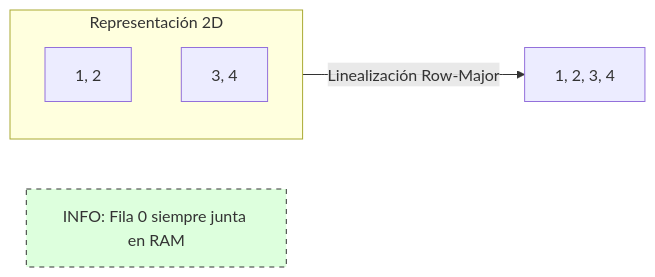
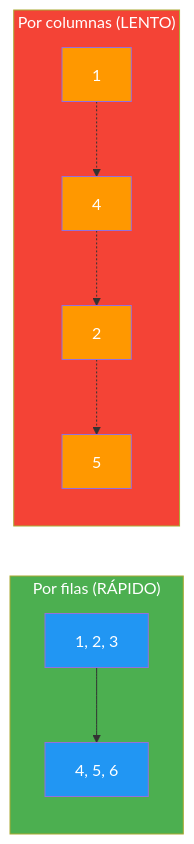
Before and after one commit to joseluisgs/Programacion-03-2026-2027: the third of 3 diagrams in 03-arrays-multidimensionales.md, drawn with Mermaid. The commit also changed other lines of this file and 7 other files, not shown here.

````diff
--- a/03-arrays-multidimensionales.md
+++ b/03-arrays-multidimensionales.md
@@ -472,10 +274,17 @@
 ```mermaid
 graph LR
-    subgraph MATRIZ_2D ["Representación 2D"]
-        F0["1, 2"]
-        F1["3, 4"]
+    subgraph FILAS ["Por filas (RÁPIDO)"]
+        F0["1, 2, 3"] --> F1["4, 5, 6"]
     end
-    MATRIZ_2D -->|Linealización Row-Major| MEM["1, 2, 3, 4"]
-    INFO["INFO: Fila 0 siempre junta en RAM"]
-    style INFO fill:#dfd,stroke:#333,stroke-dasharray: 5 5
+    subgraph COLS ["Por columnas (LENTO)"]
+        C0["1"] -.-> C1["4"] -.-> C2["2"] -.-> C3["5"]
+    end
+    style FILAS fill:#4CAF50,color:#fff
+    style COLS fill:#f44336,color:#fff
+    style F0 fill:#2196F3,color:#fff
+    style F1 fill:#2196F3,color:#fff
+    style C0 fill:#FF9800,color:#fff
+    style C1 fill:#FF9800,color:#fff
+    style C2 fill:#FF9800,color:#fff
+    style C3 fill:#FF9800,color:#fff
 ```
````
